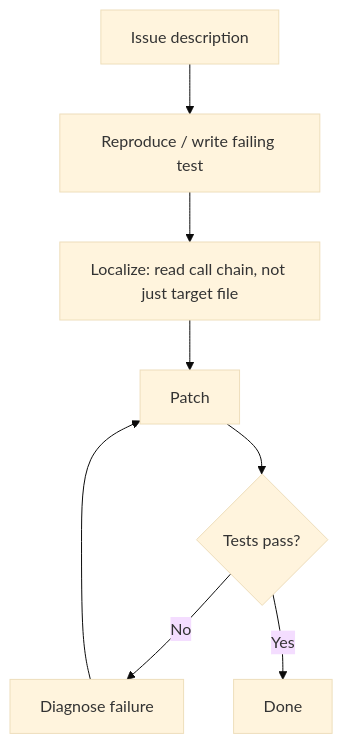
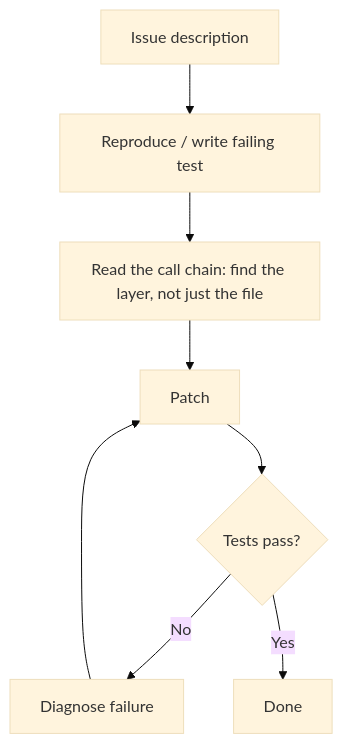
The diagram in patterns/agent-design/behavioral-drivers-agent-success.md (agentpatterns-ai/website), drawn with Mermaid (base theme) before and after one commit. The commit also changed other lines of this file and 18 other files, not shown here.

````diff
--- a/patterns/agent-design/behavioral-drivers-agent-success.md
+++ b/patterns/agent-design/behavioral-drivers-agent-success.md
@@ -65,10 +70,10 @@
 ```mermaid
 graph TD
     A[Issue description] --> B[Reproduce / write failing test]
-    B --> C[Localize: read call chain, not just target file]
+    B --> C[Read the call chain: find the layer, not just the file]
     C --> D[Patch]
     D --> E{Tests pass?}
     E -->|No| F[Diagnose failure]
     F --> D
     E -->|Yes| G[Done]
 ```
````
